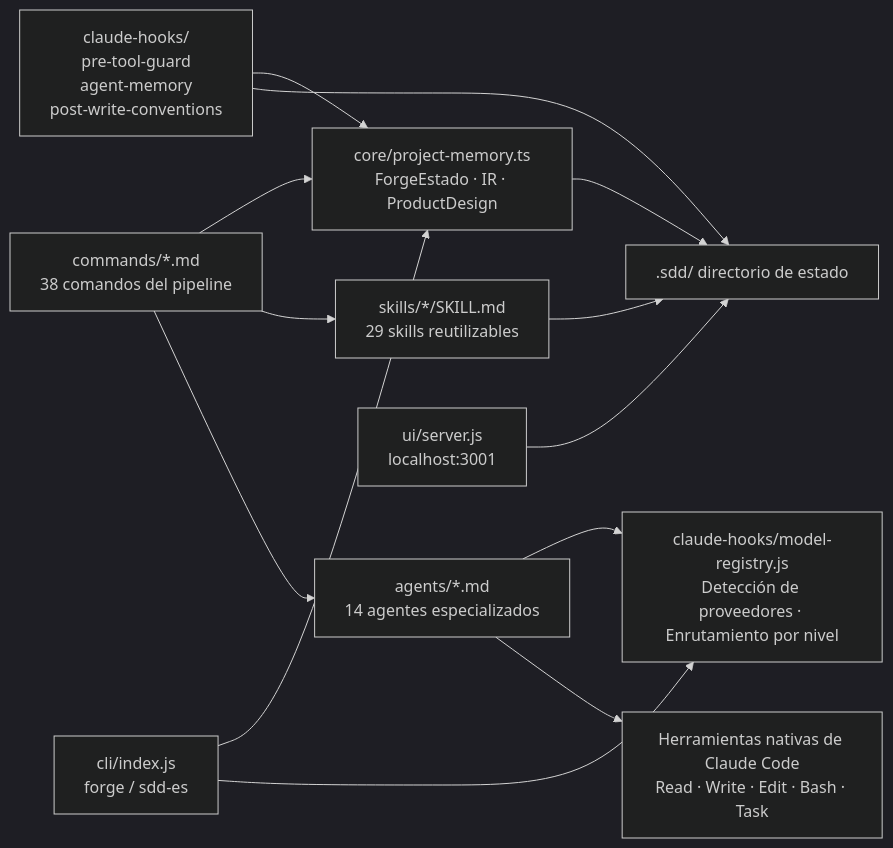
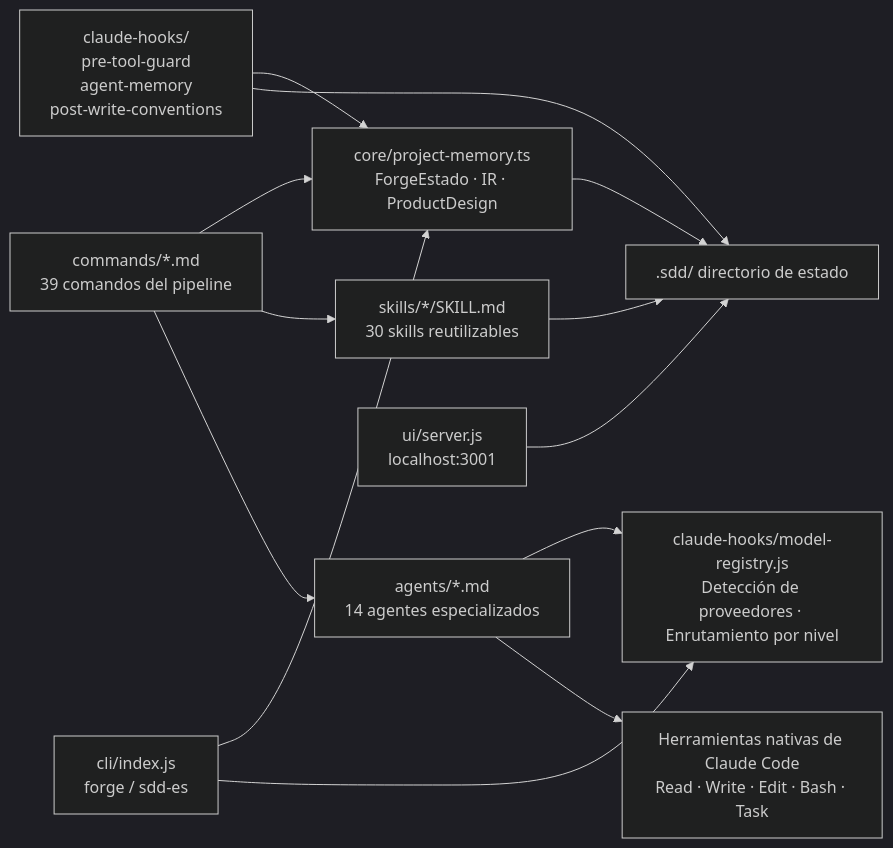
One commit to carlos060798/FORGE changed the fourth of 10 diagrams in docs/architecture.md. Above: the diagram before and after it, drawn with Mermaid (dark theme). The commit also changed other lines of this file and 19 other files, not shown here.

First line of the commit message:
fix: actualizar data.js con números correctos (39 comandos, 30 skills)

````diff
--- a/docs/architecture.md
+++ b/docs/architecture.md
@@ -117,19 +117,19 @@
 ```mermaid
 graph LR
     CLI["cli/index.js\nforge / sdd-es"] --> PM["core/project-memory.ts\nForgeEstado · IR · ProductDesign"]
     CLI --> MR["claude-hooks/model-registry.js\nDetección de proveedores · Enrutamiento por nivel"]
 
-    CMD["commands/*.md\n38 comandos del pipeline"] --> PM
-    CMD --> SK["skills/*/SKILL.md\n29 skills reutilizables"]
+    CMD["commands/*.md\n39 comandos del pipeline"] --> PM
+    CMD --> SK["skills/*/SKILL.md\n30 skills reutilizables"]
     CMD --> AG["agents/*.md\n14 agentes especializados"]
 
     AG --> MR
     AG --> TOOLS["Herramientas nativas de Claude Code\nRead · Write · Edit · Bash · Task"]
 
     HOOKS["claude-hooks/\npre-tool-guard\nagent-memory\npost-write-conventions"] --> PM
     HOOKS --> SDD[".sdd/ directorio de estado"]
 
     UI["ui/server.js\nlocalhost:3001"] --> SDD
     SK --> SDD
     PM --> SDD
 ```
````
